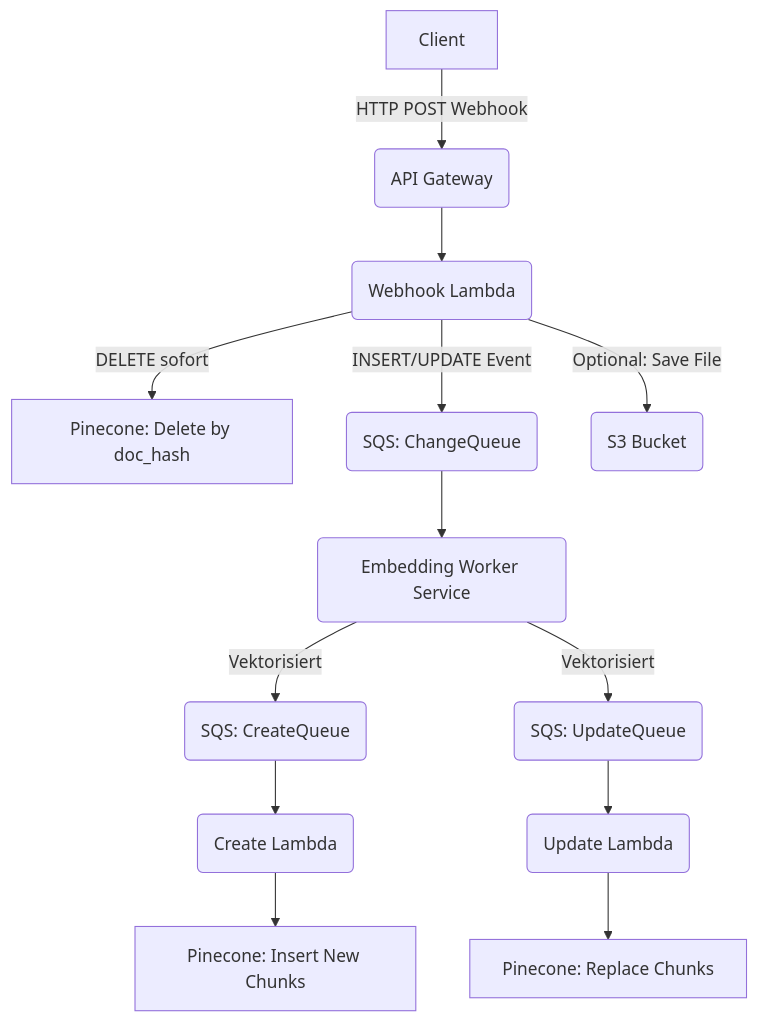
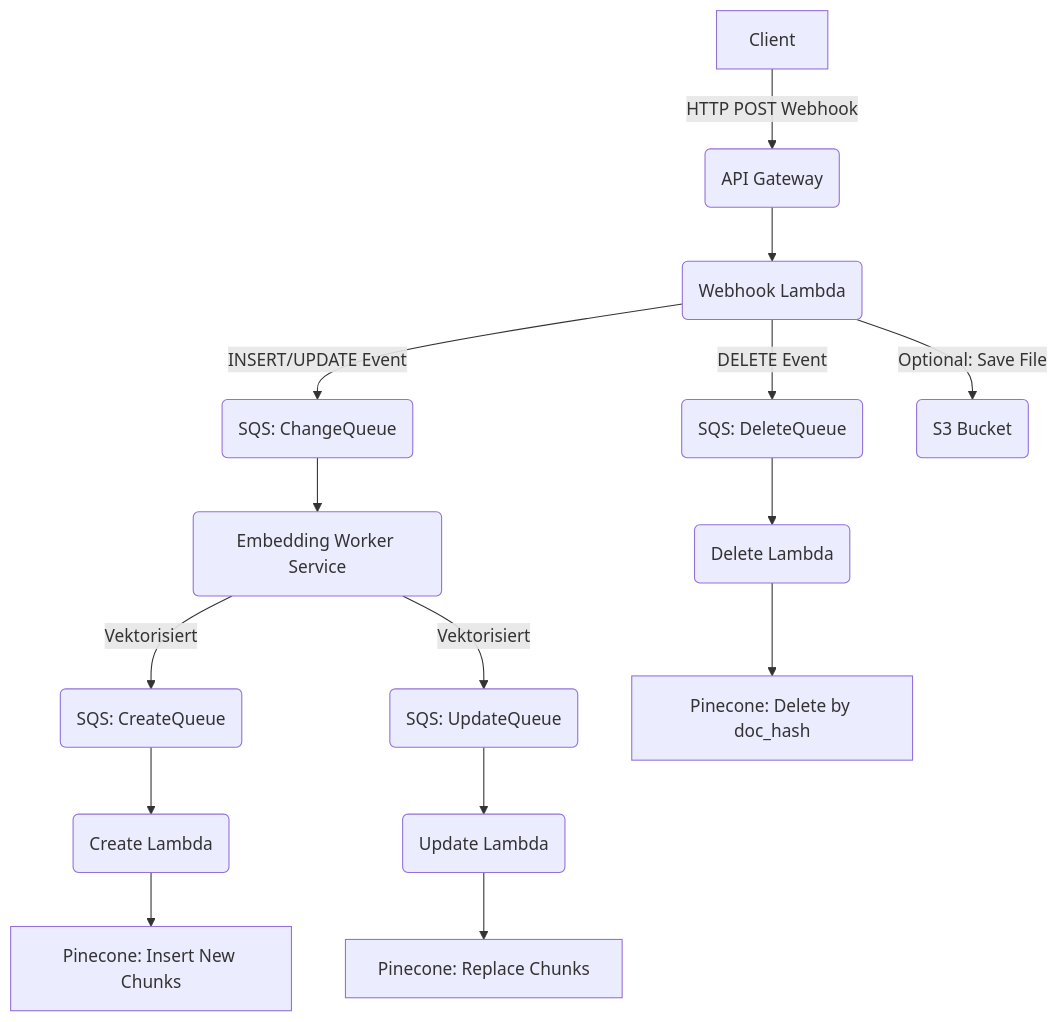
One commit to dyprodg/bloomweaver changed the diagram in README.md. Above: the diagram before and after it, drawn with Mermaid. The commit also changed other lines of this file and 2 other files, not shown here.

````diff
--- a/README.md
+++ b/README.md
@@ -62,14 +62,16 @@
 ```mermaid
 flowchart TD
     Client["Client"] -- HTTP POST Webhook --> APIGateway("API Gateway")
     APIGateway --> WebhookLambda("Webhook Lambda")
-    WebhookLambda -- DELETE sofort --> PineconeDelete["Pinecone: Delete by doc_hash"]
+    WebhookLambda -- DELETE Event --> SQSDeleteQueue("SQS: DeleteQueue")
     WebhookLambda -- INSERT/UPDATE Event --> SQSChangeQueue("SQS: ChangeQueue")
     SQSChangeQueue --> EmbeddingWorker("Embedding Worker Service")
     EmbeddingWorker -- Vektorisiert --> SQSCreateQueue("SQS: CreateQueue") & SQSUpdateQueue("SQS: UpdateQueue")
     SQSCreateQueue --> CreateLambda("Create Lambda")
     SQSUpdateQueue --> UpdateLambda("Update Lambda")
+    SQSDeleteQueue --> DeleteLambda("Delete Lambda")
     CreateLambda --> PineconeCreate["Pinecone: Insert New Chunks"]
     UpdateLambda --> PineconeUpdate["Pinecone: Replace Chunks"]
+    DeleteLambda --> PineconeDelete["Pinecone: Delete by doc_hash"]
     WebhookLambda -- Optional: Save File --> S3("S3 Bucket")
 ```
````
